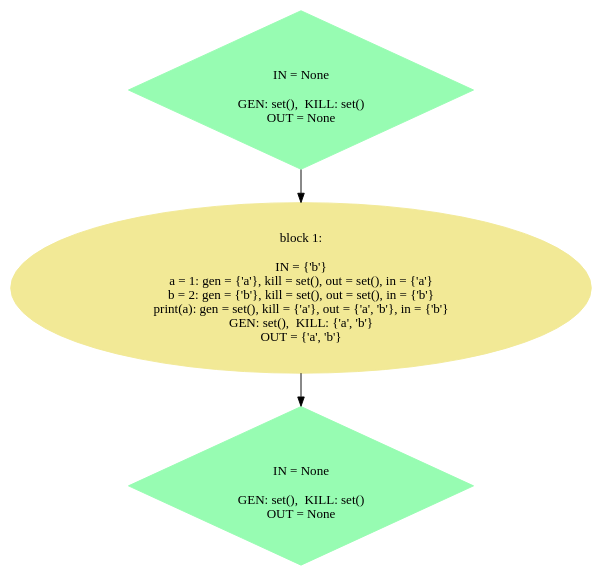
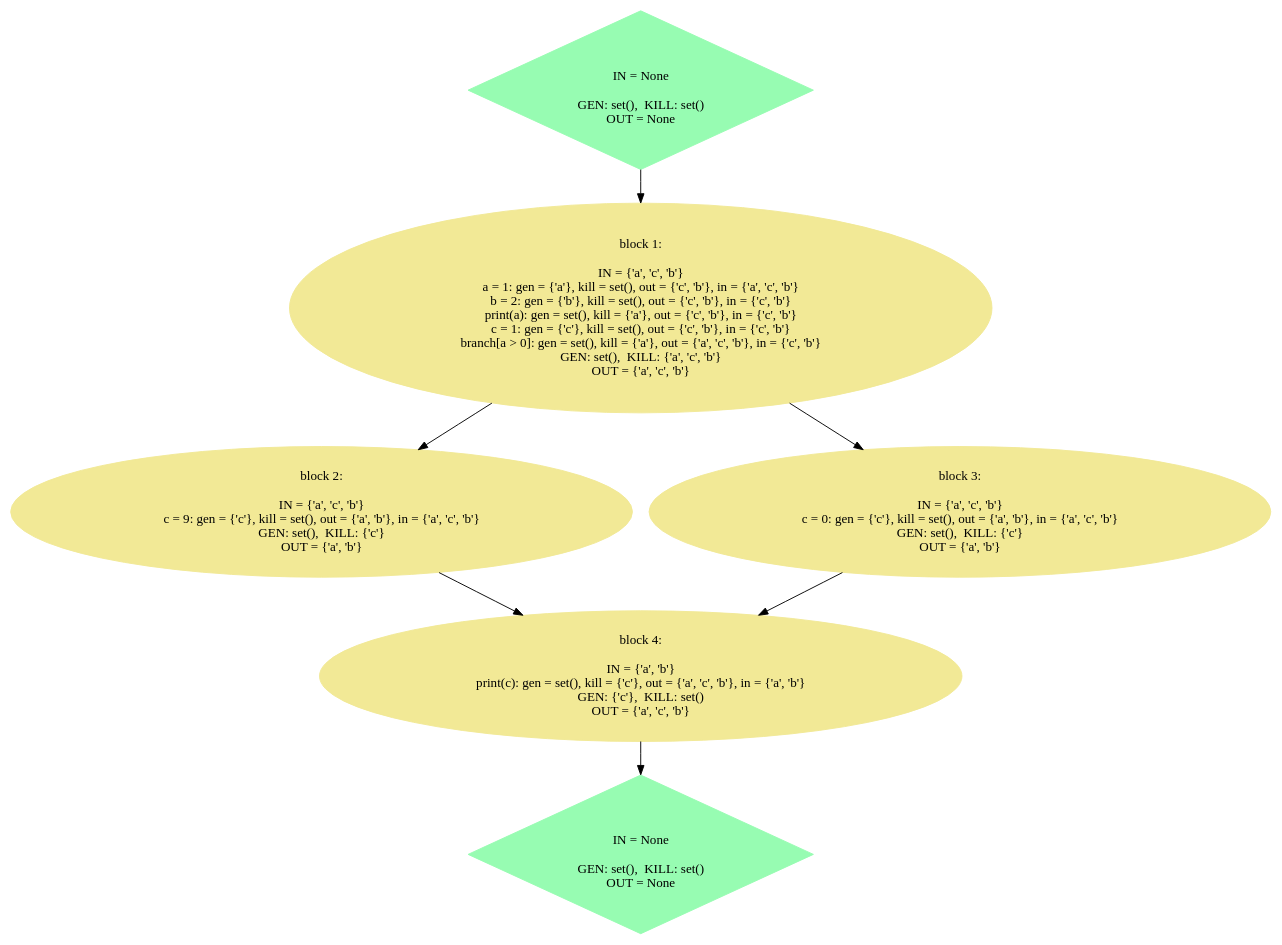
One commit to joelsunny/program-analysis changed the diagram in faintvariable/temp/simple_test.gv. Above: the diagram before and after it, drawn with Graphviz. The commit also changed 19 other files, not shown here.

```diff
--- a/faintvariable/temp/simple_test.gv
+++ b/faintvariable/temp/simple_test.gv
@@ -1,28 +1,55 @@
 // CFG
 digraph {
 	node [color="#97fcb2" shape=diamond style=filled]
 	0 [label="
 IN = None
 
 GEN: set(),  KILL: set() 
 OUT = None"]
 	node [color="#f2e996" shape=ellipse style=filled]
 	1 [label="block 1:
 
-IN = {'b'}
-a = 1: gen = {'a'}, kill = set(), out = set(), in = {'a'} 
-b = 2: gen = {'b'}, kill = set(), out = set(), in = {'b'} 
-print(a): gen = set(), kill = {'a'}, out = {'a', 'b'}, in = {'b'} 
-GEN: set(),  KILL: {'a', 'b'} 
+IN = {'a', 'c', 'b'}
+a = 1: gen = {'a'}, kill = set(), out = {'c', 'b'}, in = {'a', 'c', 'b'} 
+b = 2: gen = {'b'}, kill = set(), out = {'c', 'b'}, in = {'c', 'b'} 
+print(a): gen = set(), kill = {'a'}, out = {'c', 'b'}, in = {'c', 'b'} 
+c = 1: gen = {'c'}, kill = set(), out = {'c', 'b'}, in = {'c', 'b'} 
+branch[a > 0]: gen = set(), kill = {'a'}, out = {'a', 'c', 'b'}, in = {'c', 'b'} 
+GEN: set(),  KILL: {'a', 'c', 'b'} 
+OUT = {'a', 'c', 'b'}"]
+	node [color="#f2e996" shape=ellipse style=filled]
+	2 [label="block 2:
+
+IN = {'a', 'c', 'b'}
+c = 9: gen = {'c'}, kill = set(), out = {'a', 'b'}, in = {'a', 'c', 'b'} 
+GEN: set(),  KILL: {'c'} 
 OUT = {'a', 'b'}"]
 	node [color="#f2e996" shape=ellipse style=filled]
+	3 [label="block 3:
+
+IN = {'a', 'c', 'b'}
+c = 0: gen = {'c'}, kill = set(), out = {'a', 'b'}, in = {'a', 'c', 'b'} 
+GEN: set(),  KILL: {'c'} 
+OUT = {'a', 'b'}"]
+	node [color="#f2e996" shape=ellipse style=filled]
+	4 [label="block 4:
+
+IN = {'a', 'b'}
+print(c): gen = set(), kill = {'c'}, out = {'a', 'c', 'b'}, in = {'a', 'b'} 
+GEN: {'c'},  KILL: set() 
+OUT = {'a', 'c', 'b'}"]
+	node [color="#f2e996" shape=ellipse style=filled]
 	node [color="#97fcb2" shape=diamond style=filled]
-	2 [label="
+	5 [label="
 IN = None
 
 GEN: set(),  KILL: set() 
 OUT = None"]
 	node [color="#f2e996" shape=ellipse style=filled]
 	0 -> 1
 	1 -> 2
+	1 -> 3
+	2 -> 4
+	3 -> 4
+	4 -> 5
 }
```
